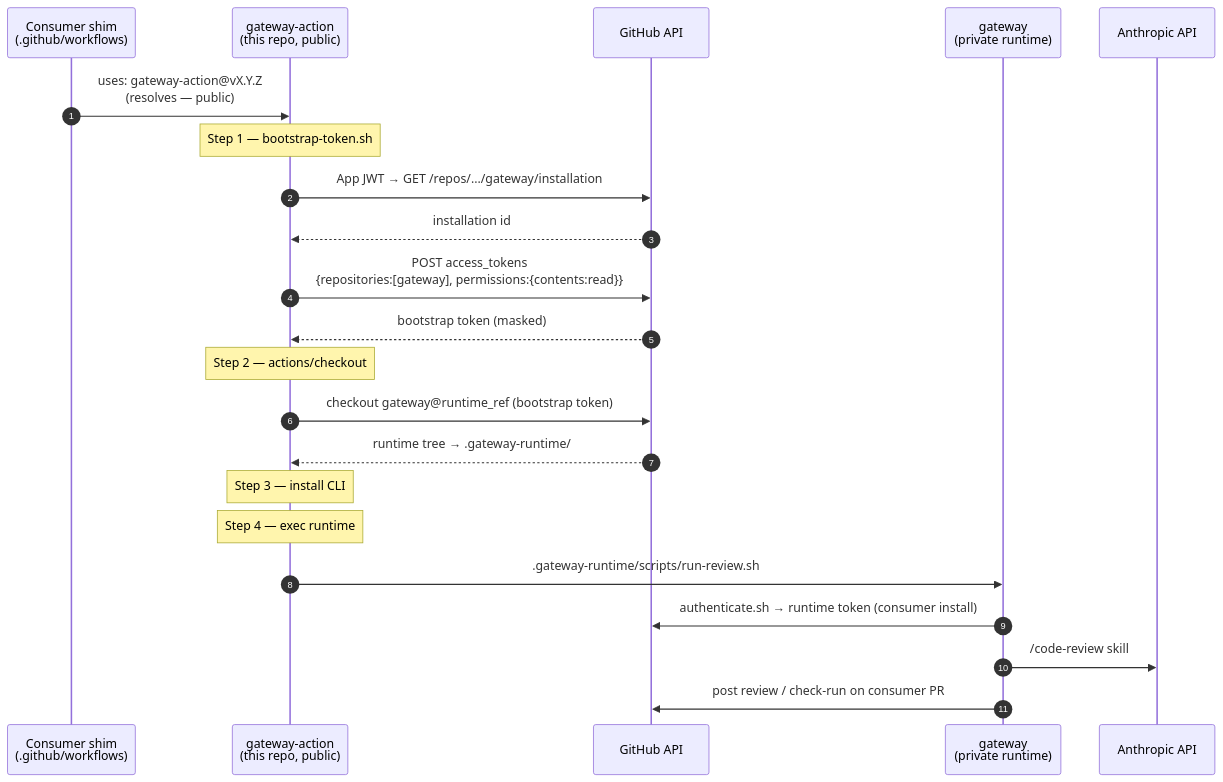
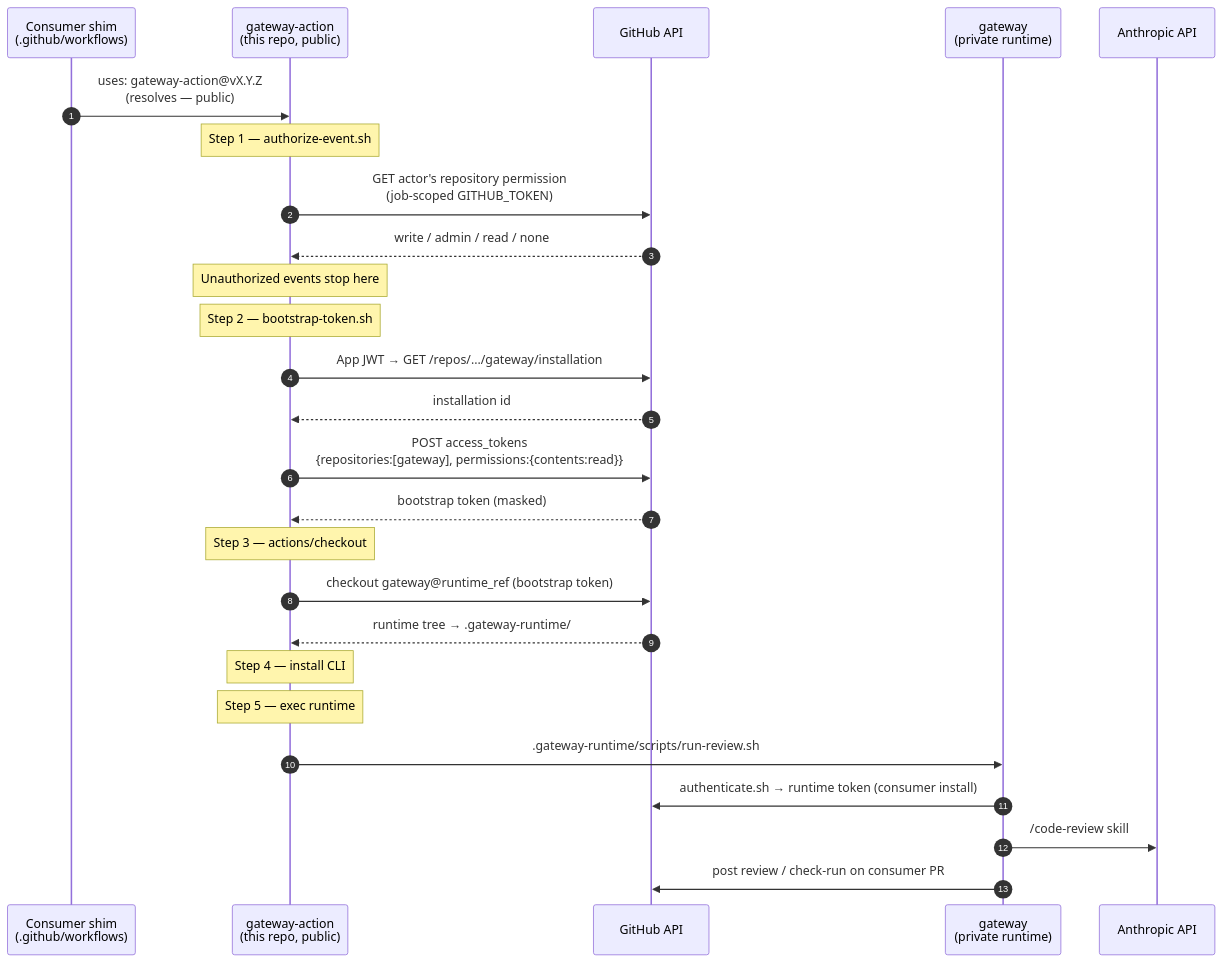
One commit to lightninglabs/gateway-action changed the diagram in docs/architecture.md. Above: the diagram before and after it, drawn with Mermaid. The commit also changed other lines of this file and 7 other files, not shown here.

First line of the commit message:
security: authorize gateway events before bootstrap

````diff
--- a/docs/architecture.md
+++ b/docs/architecture.md
@@ -32,25 +33,29 @@
 ```mermaid
 sequenceDiagram
     autonumber
     participant Shim as Consumer shim<br/>(.github/workflows)
     participant Action as gateway-action<br/>(this repo, public)
     participant GH as GitHub API
     participant Runtime as gateway<br/>(private runtime)
     participant Claude as Anthropic API
 
     Shim->>Action: uses: gateway-action@vX.Y.Z<br/>(resolves — public)
-    Note over Action: Step 1 — bootstrap-token.sh
+    Note over Action: Step 1 — authorize-event.sh
+    Action->>GH: GET actor's repository permission<br/>(job-scoped GITHUB_TOKEN)
+    GH-->>Action: write / admin / read / none
+    Note over Action: Unauthorized events stop here
+    Note over Action: Step 2 — bootstrap-token.sh
     Action->>GH: App JWT → GET /repos/.../gateway/installation
     GH-->>Action: installation id
     Action->>GH: POST access_tokens<br/>{repositories:[gateway], permissions:{contents:read}}
     GH-->>Action: bootstrap token (masked)
-    Note over Action: Step 2 — actions/checkout
+    Note over Action: Step 3 — actions/checkout
     Action->>GH: checkout gateway@runtime_ref (bootstrap token)
     GH-->>Action: runtime tree → .gateway-runtime/
-    Note over Action: Step 3 — install CLI
-    Note over Action: Step 4 — exec runtime
+    Note over Action: Step 4 — install CLI
+    Note over Action: Step 5 — exec runtime
     Action->>Runtime: .gateway-runtime/scripts/run-review.sh
     Runtime->>GH: authenticate.sh → runtime token (consumer install)
     Runtime->>Claude: /code-review skill
     Runtime->>GH: post review / check-run on consumer PR
 ```
````
